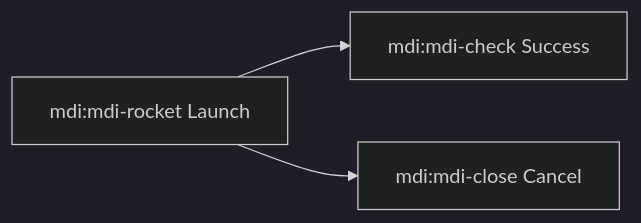
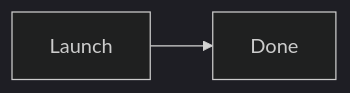
The diagram in docs/MDX/simple-banner/test.md (aerdman1/Erd-Docs), drawn with Mermaid (dark theme) before and after one commit. The commit also changed other lines of this file, not shown here.

Commit message:
Update doc `test`

````diff
--- a/docs/MDX/simple-banner/test.md
+++ b/docs/MDX/simple-banner/test.md
@@ -11,6 +11,6 @@
 ```mermaid
 flowchart LR
-  A[mdi:mdi-rocket Launch] --> B[mdi:mdi-check Success]
-  A --> C[mdi:mdi-close Cancel]
+  A[<span class="iconify" data-icon="mingcute:rocket-line"></span> Launch]
+  A --> B[<span class="iconify" data-icon="tabler:circle-check"></span> Done]
 
 ```
````
